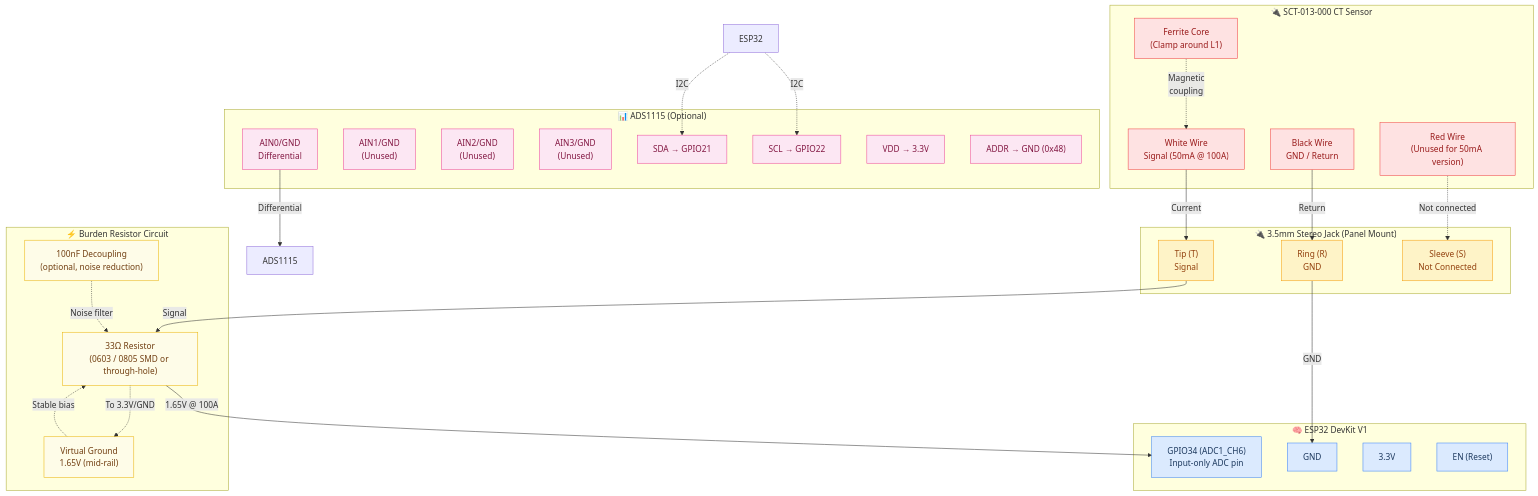
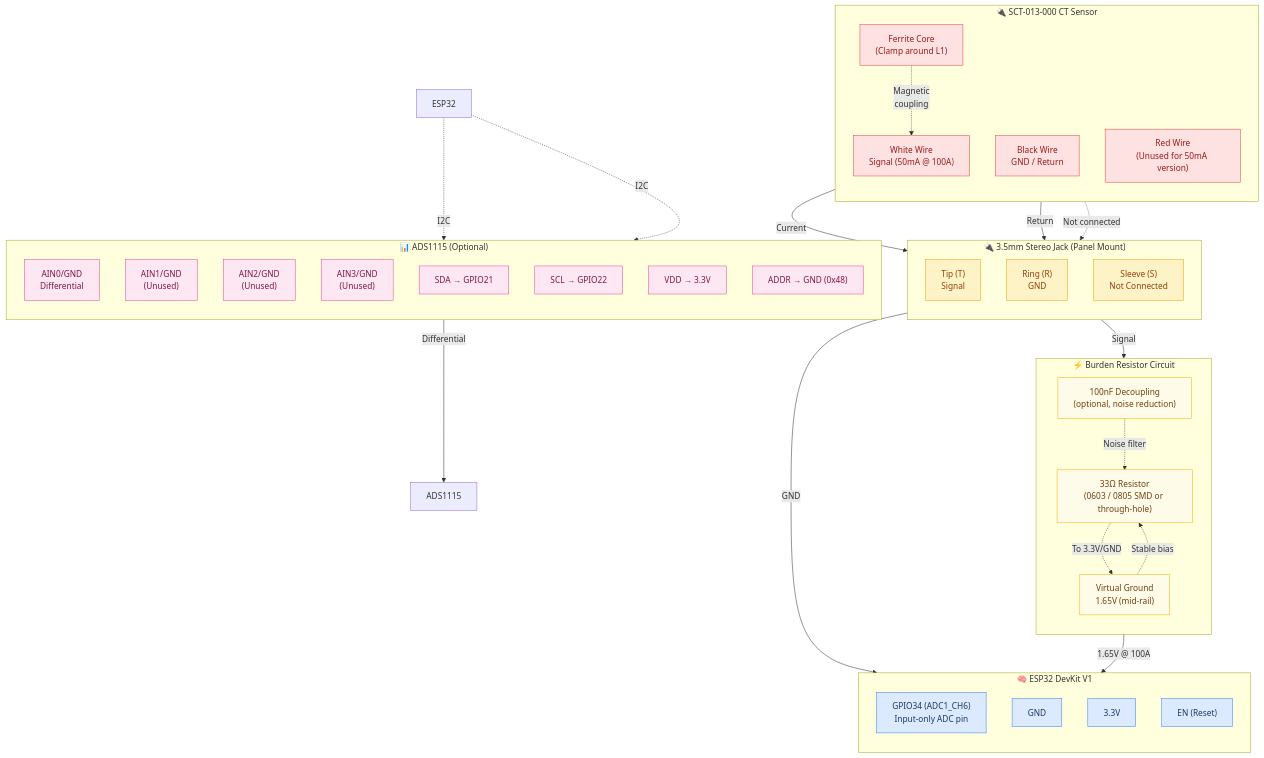
One commit to victron-venus/dbus-esphome-grid-sensor changed the second of 2 diagrams in README.md. Above: the diagram before and after it, drawn with Mermaid.

````diff
--- a/README.md
+++ b/README.md
@@ -99,67 +99,72 @@
 ```mermaid
 flowchart TB
     subgraph CT["🔌 SCT-013-000 CT Sensor"]
+        direction TB
         CT_CORE["Ferrite Core\n(Clamp around L1)"]
         CT_WHITE["White Wire\nSignal (50mA @ 100A)"]
         CT_BLACK["Black Wire\nGND / Return"]
         CT_RED["Red Wire\n(Unused for 50mA version)"]
     end
 
     subgraph JACK["🔌 3.5mm Stereo Jack (Panel Mount)"]
+        direction TB
         TIP["Tip (T)\nSignal"]
         RING["Ring (R)\nGND"]
         SLEEVE["Sleeve (S)\nNot Connected"]
     end
 
     subgraph BURDEN["⚡ Burden Resistor Circuit"]
+        direction TB
         R33["33Ω Resistor\n(0603 / 0805 SMD or through-hole)"]
         VREF["Virtual Ground\n1.65V (mid-rail)"]
         CAP["100nF Decoupling\n(optional, noise reduction)"]
     end
 
     subgraph ESP["🧠 ESP32 DevKit V1"]
+        direction TB
         GPIO34["GPIO34 (ADC1_CH6)\nInput-only ADC pin"]
         GND["GND"]
         V33["3.3V"]
         EN["EN (Reset)"]
     end
 
     subgraph ADS["📊 ADS1115 (Optional)"]
+        direction TB
         A0["AIN0/GND\nDifferential"]
         A1["AIN1/GND\n(Unused)"]
         A2["AIN2/GND\n(Unused)"]
         A3["AIN3/GND\n(Unused)"]
         SDA["SDA → GPIO21"]
         SCL["SCL → GPIO22"]
         VDD["VDD → 3.3V"]
         ADDR["ADDR → GND (0x48)"]
     end
 
     CT_CORE -.->|Magnetic\ncoupling| CT_WHITE
     CT_WHITE -->|Current| TIP
     CT_BLACK -->|Return| RING
     CT_RED -.->|Not connected| SLEEVE
 
     TIP -->|Signal| R33
     RING -->|GND| GND
     R33 -->|1.65V @ 100A| GPIO34
     R33 -.->|To 3.3V/GND| VREF
     VREF -.->|Stable bias| R33
     CAP -.->|Noise filter| R33
 
     ESP32 -.->|I2C| SDA
     ESP32 -.->|I2C| SCL
     A0 -->|Differential| ADS1115
 
     classDef ct fill:#fee2e2,stroke:#ef4444,color:#991b1b;
     classDef jack fill:#fef3c7,stroke:#f59e0b,color:#92400e;
     classDef burden fill:#fefce8,stroke:#eab308,color:#713f12;
     classDef esp fill:#dbeafe,stroke:#3b82f6,color:#1e3a5f;
     classDef ads fill:#fce7f3,stroke:#ec4899,color:#831843;
 
     class CT_CORE,CT_WHITE,CT_BLACK,CT_RED ct;
     class TIP,RING,SLEEVE jack;
     class R33,VREF,CAP burden;
     class GPIO34,GND,V33,EN esp;
     class A0,A1,A2,A3,SDA,SCL,VDD,ADDR ads;
 ```
````
